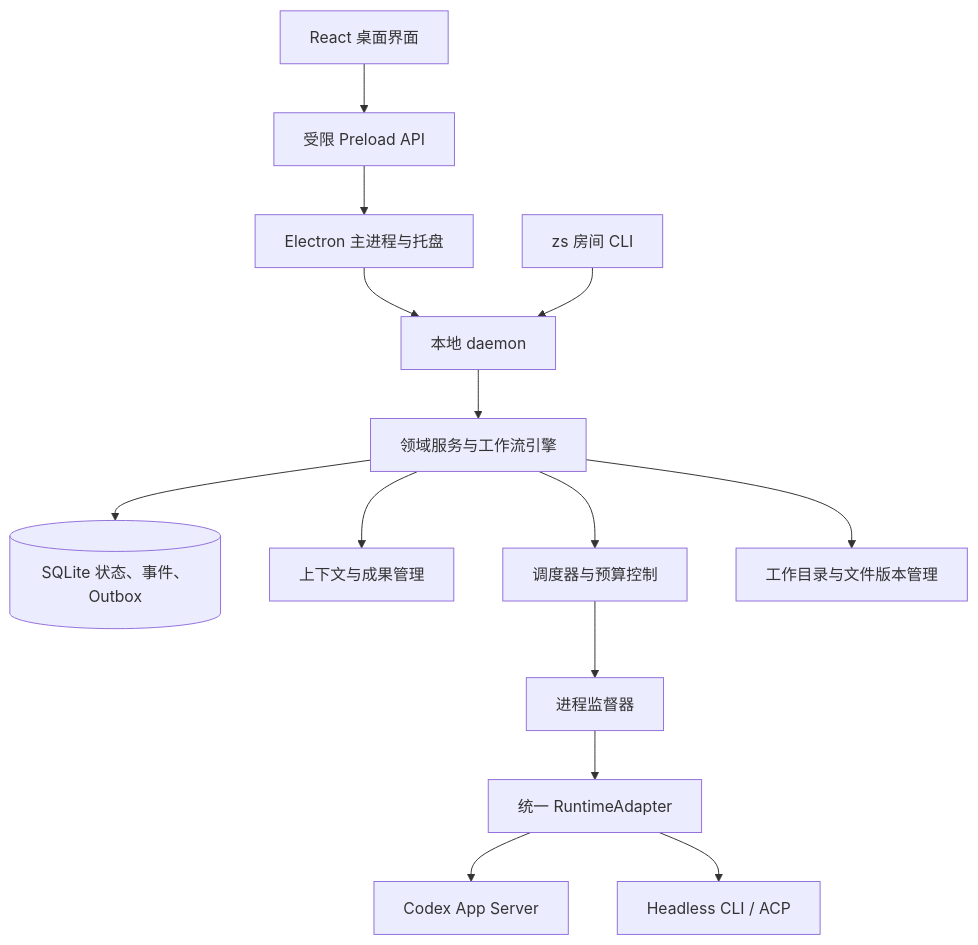
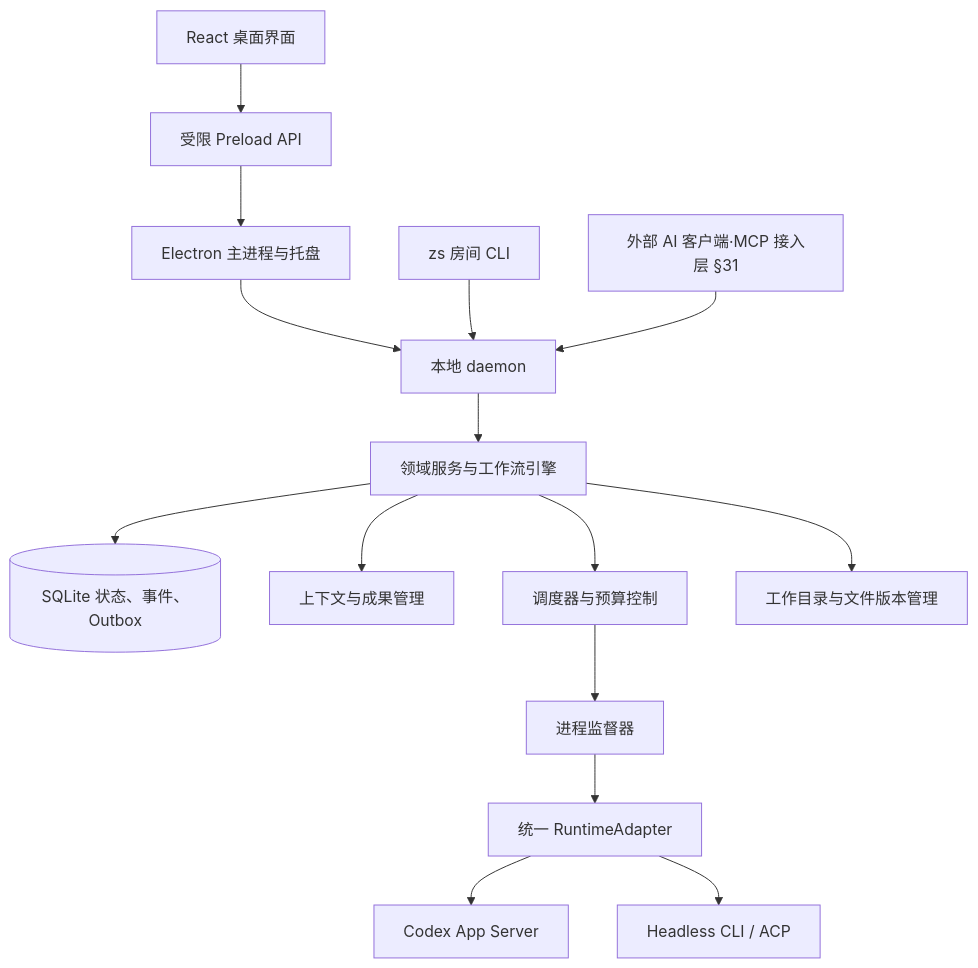
One commit to 384615666/zhongshuo changed the second of 2 diagrams in docs/zhongshuo-development-design-v1.md. Above: the diagram before and after it, drawn with Mermaid. The commit also changed other lines of this file and 2 other files, not shown here.

First line of the commit message:
docs: 新增 MCP 接入层设计并完成三轮评审修订（v1.19–v1.21，§31/E25）

````diff
--- a/docs/zhongshuo-development-design-v1.md
+++ b/docs/zhongshuo-development-design-v1.md
@@ -581,16 +626,17 @@
 ```mermaid
 flowchart TD
     UI[React 桌面界面] --> PRE[受限 Preload API]
     PRE --> MAIN[Electron 主进程与托盘]
     MAIN --> D[本地 daemon]
     CLI[zs 房间 CLI] --> D
+    MCPX[外部 AI 客户端·MCP 接入层 §31] --> D
     D --> CORE[领域服务与工作流引擎]
     CORE --> DB[(SQLite 状态、事件、Outbox)]
     CORE --> CTX[上下文与成果管理]
     CORE --> SCH[调度器与预算控制]
     SCH --> SUP[进程监督器]
     SUP --> AD[统一 RuntimeAdapter]
     AD --> CODEX[Codex App Server]
     AD --> OTHER[Headless CLI / ACP]
     CORE --> WS[工作目录与文件版本管理]
 ```
````
